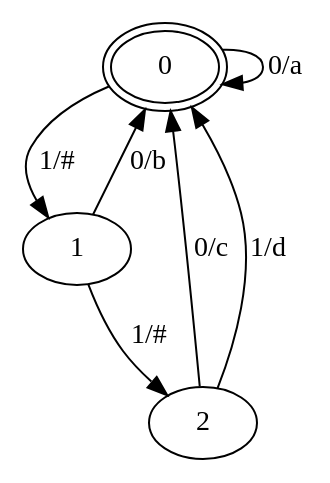
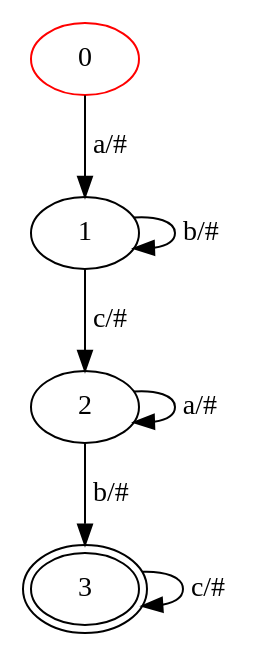
The diagram in src/graph.dot (MoussTach/univ-lr__Compilation__TEA), drawn with Graphviz before and after one commit. The commit also changed 3 other files, not shown here.

```diff
--- a/src/graph.dot
+++ b/src/graph.dot
@@ -1,9 +1,10 @@
 digraph G {
-0->0 [label="0/a"]
-0->1 [label="1/#"]
-1->0 [label="0/b"]
-1->2 [label="1/#"]
-2->0 [label="0/c"]
-2->0 [label="1/d"]
-0 [peripheries=2]
+0->1 [label="a/#"]
+1->1 [label="b/#"]
+1->2 [label="c/#"]
+2->2 [label="a/#"]
+2->3 [label="b/#"]
+3->3 [label="c/#"]
+3 [peripheries=2]
+0 [color=red]
 }
```
